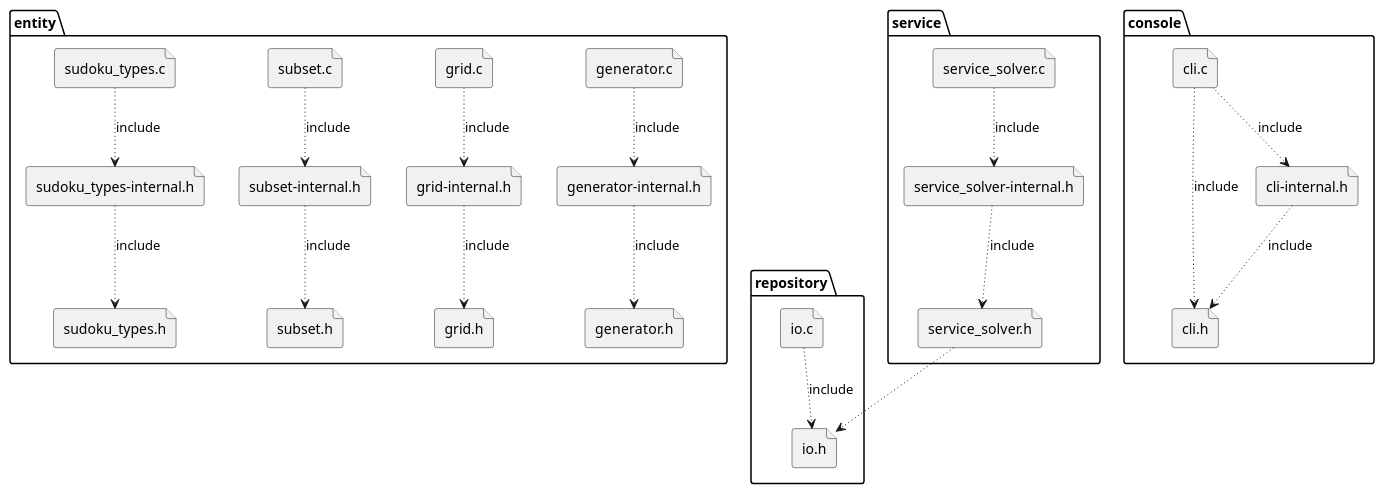
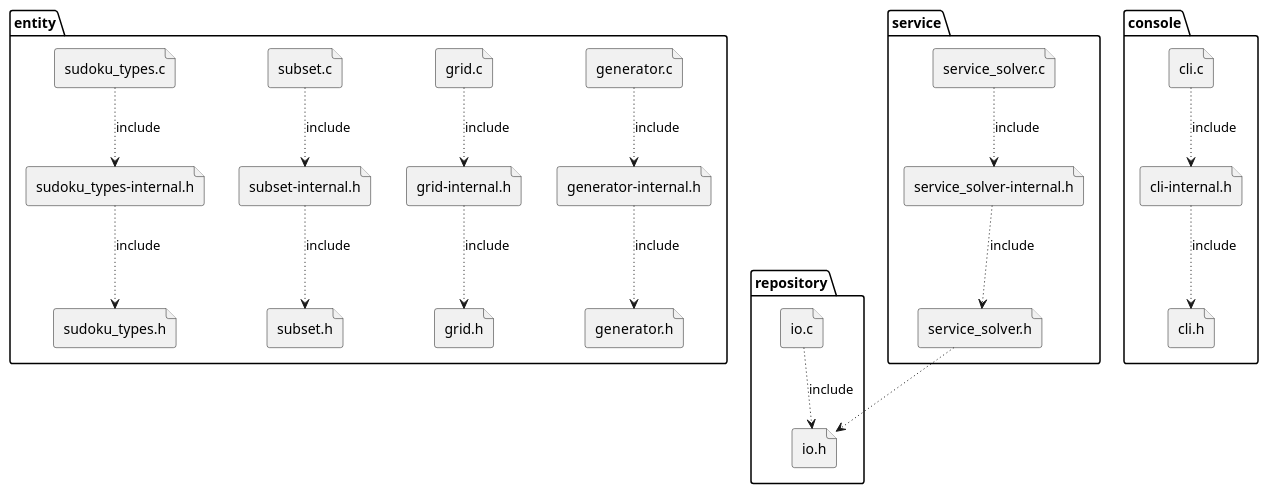
Before and after one commit to SudokuSolverJUNIA2526/sudoku-solver: the diagram in doc/sudoku_solver-architecture.puml, drawn with PlantUML. The commit also changed 9 other files, not shown here.

```diff
--- a/doc/sudoku_solver-architecture.puml
+++ b/doc/sudoku_solver-architecture.puml
@@ -1,61 +1,60 @@
 @startuml
 
 package entity {
     file "generator.c"
     file "generator.h"
     file "generator-internal.h"
 
     "generator.c" -[dotted]-> "generator-internal.h" : include
     "generator-internal.h" -[dotted]-> "generator.h" : include
 
     file "grid.c"
     file "grid.h"
     file "grid-internal.h"
 
     "grid.c" -[dotted]-> "grid-internal.h" : include
     "grid-internal.h" -[dotted]-> "grid.h" : include
 
     file "subset.c"
     file "subset.h"
     file "subset-internal.h"
 
     "subset.c" -[dotted]-> "subset-internal.h" : include
     "subset-internal.h" -[dotted]-> "subset.h" : include
 
     file "sudoku_types.c"
     file "sudoku_types.h"
     file "sudoku_types-internal.h"
 
     "sudoku_types.c" -[dotted]-> "sudoku_types-internal.h" : include
     "sudoku_types-internal.h" -[dotted]-> "sudoku_types.h" : include
 
 }
 
 package repository {
     file "io.c"
     file "io.h"
 
     "io.c" -[dotted]-> "io.h" : include
 }
 
 package service {
     file "service_solver.c"
     file "service_solver.h"
     file "service_solver-internal.h"
 
     "service_solver.c" -[dotted]-> "service_solver-internal.h" : include
     "service_solver-internal.h" -[dotted]-> "service_solver.h" : include
     "service_solver.h" -[dotted]-> "io.h"
 }
 
 package console {
     file "cli.h"
     file "cli.c"
     file "cli-internal.h"
 
     "cli.c" -[dotted]-> "cli-internal.h" : include
-    "cli.c" -[dotted]-> "cli.h" : include
     "cli-internal.h" -[dotted]-> "cli.h" : include
 }
 
 @enduml
```
